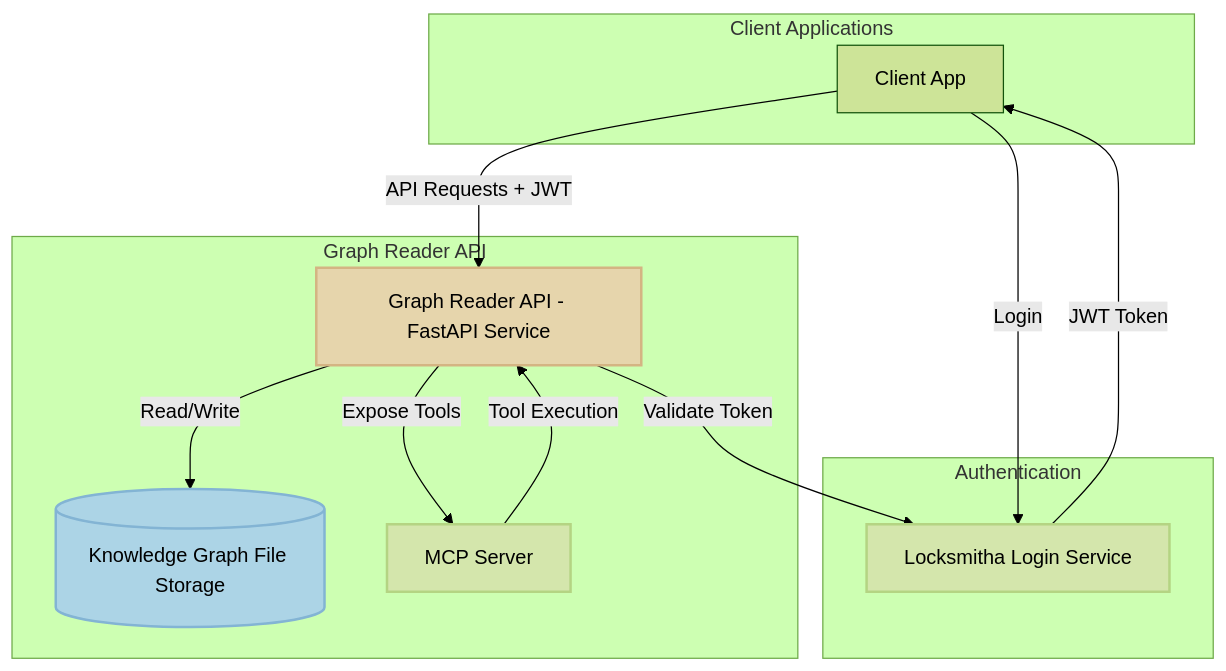
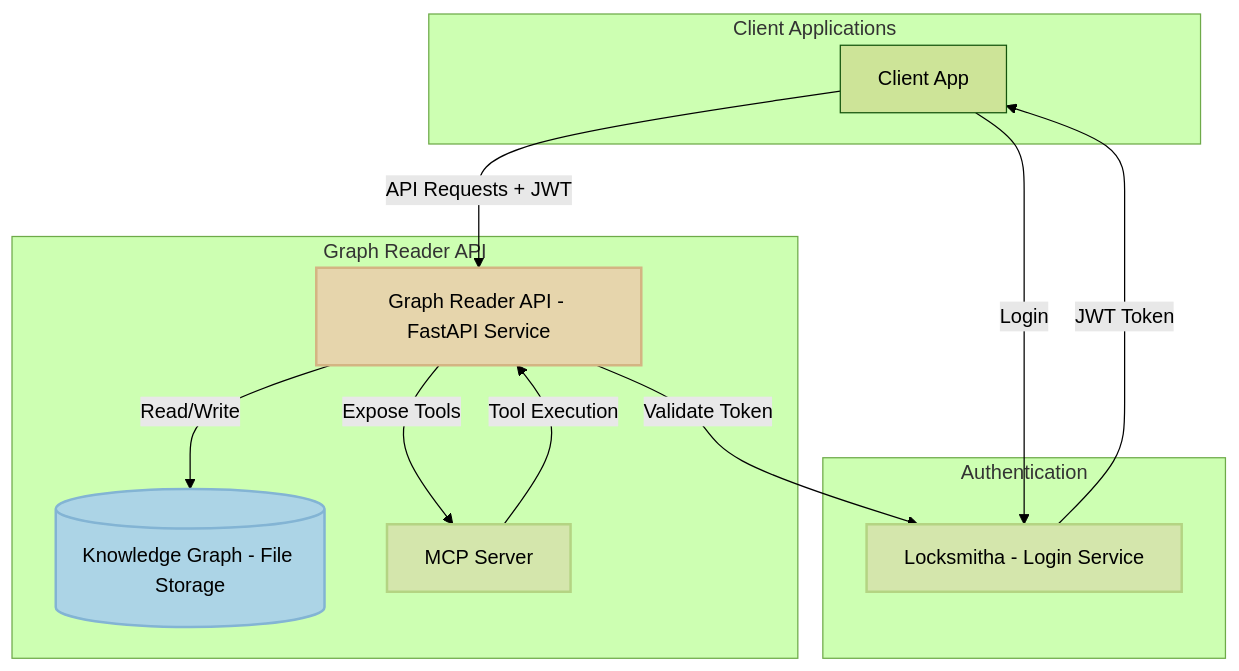
One commit to beanone/graph_reader_api changed the diagram in README.md. Above: the diagram before and after it, drawn with Mermaid (forest theme).

Commit message:
Updated diagram

````diff
--- a/README.md
+++ b/README.md
@@ -34,33 +34,33 @@
 ```mermaid
 graph TD
     subgraph "Client Applications"
         Client[Client App]
     end
 
     subgraph "Authentication"
-        Locksmitha[Locksmitha Login Service]
+        Locksmitha[Locksmitha - Login Service]
     end
 
     subgraph "Graph Reader API"
         API[Graph Reader API - FastAPI Service]
-        KG[(Knowledge Graph File Storage)]
+        KG[(Knowledge Graph - File Storage)]
         MCP[MCP Server]
     end
 
     Client -->|Login| Locksmitha
     Locksmitha -->|JWT Token| Client
     Client -->|API Requests + JWT| API
     API -->|Validate Token| Locksmitha
     API -->|Read/Write| KG
     API -->|Expose Tools| MCP
     MCP -->|Tool Execution| API
 
     classDef primary fill:#E6D5AC,stroke:#D4B483,stroke-width:2px,color:#000
     classDef secondary fill:#D4E6AC,stroke:#B4D483,stroke-width:2px,color:#000
     classDef storage fill:#ACD4E6,stroke:#83B4D4,stroke-width:2px,color:#000
 
     class API primary
     class MCP secondary
     class Locksmitha secondary
     class KG storage
 ```
````
